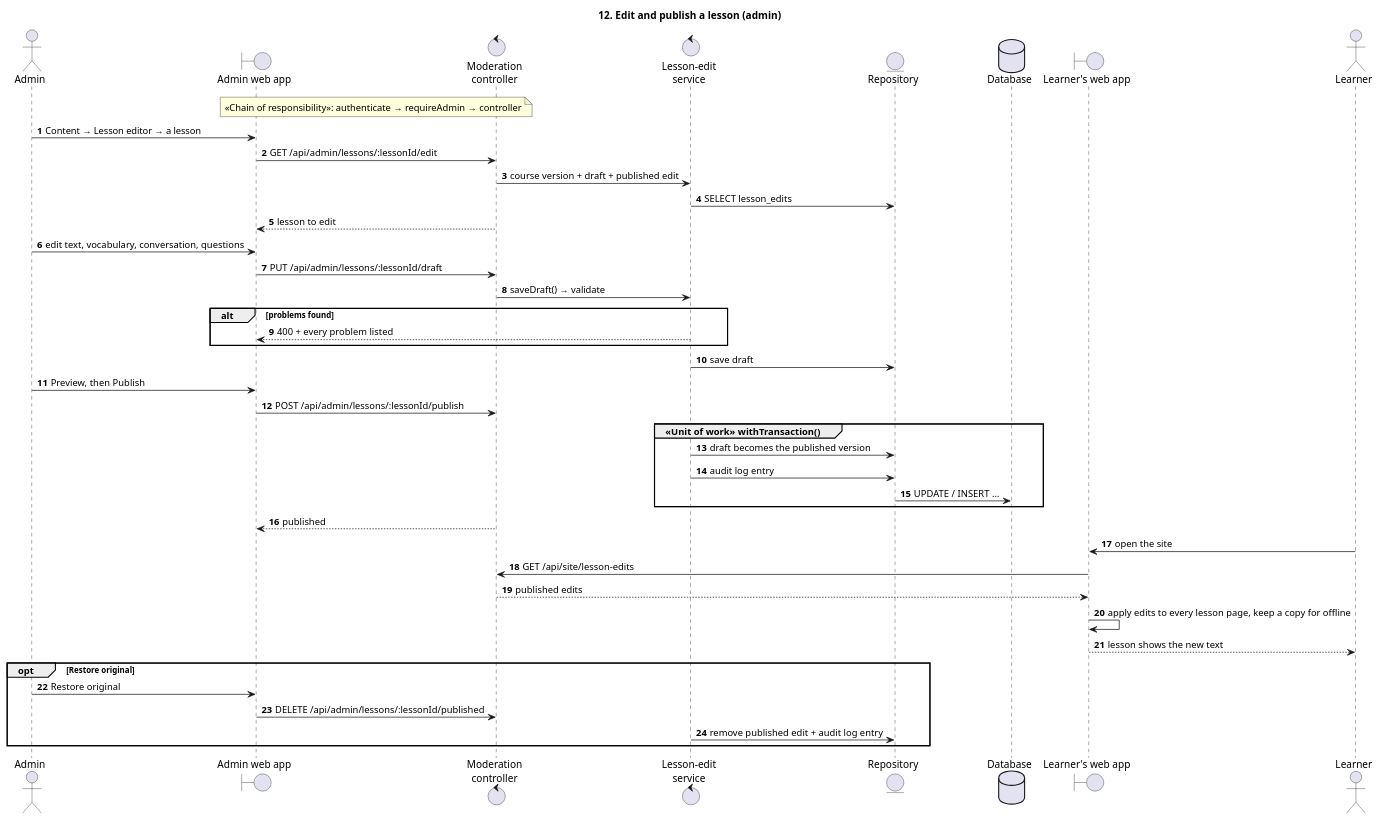
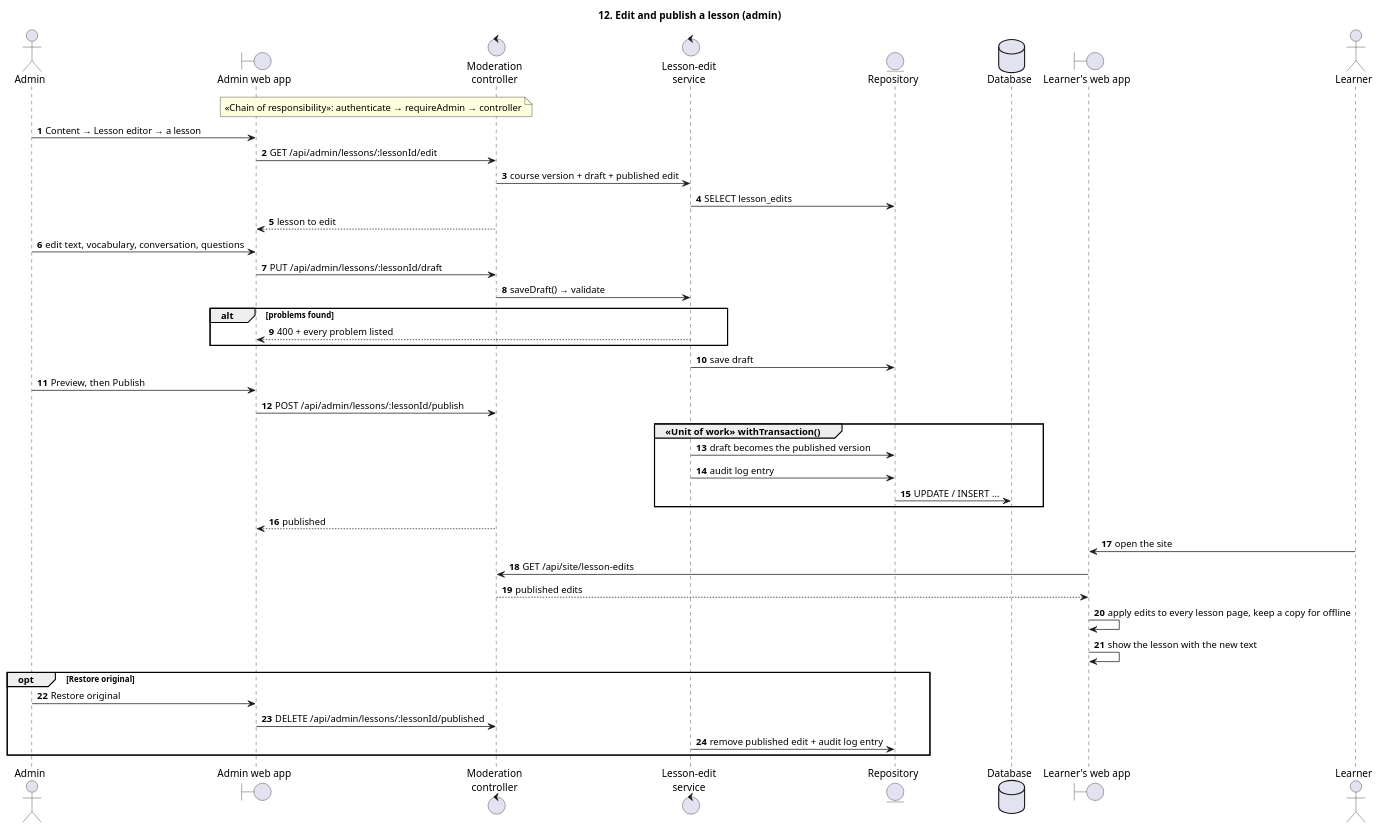
Before and after one commit to BLF2710/Nihongo-Training: the diagram in Diagram/sequence/12-edit-and-publish-lesson.puml, drawn with PlantUML. The commit also changed 94 other files, not shown here.

```diff
--- a/Diagram/sequence/12-edit-and-publish-lesson.puml
+++ b/Diagram/sequence/12-edit-and-publish-lesson.puml
@@ -14,51 +14,51 @@
 @startuml 12 Edit and publish a lesson
 title 12. Edit and publish a lesson (admin)
 autonumber
 skinparam sequenceMessageAlign left
 skinparam responseMessageBelowArrow true
 
 actor Admin
 boundary "Admin web app" as AdminWeb
 control "Moderation\ncontroller" as Ctrl
 control "Lesson-edit\nservice" as Svc
 entity "Repository" as Repo
 database "Database" as DB
 boundary "Learner's web app" as LearnerWeb
 actor Learner
 
 note over AdminWeb, Ctrl : «Chain of responsibility»: authenticate → requireAdmin → controller
 
 Admin -> AdminWeb : Content → Lesson editor → a lesson
 AdminWeb -> Ctrl : GET /api/admin/lessons/:lessonId/edit
 Ctrl -> Svc : course version + draft + published edit
 Svc -> Repo : SELECT lesson_edits
 Ctrl --> AdminWeb : lesson to edit
 
 Admin -> AdminWeb : edit text, vocabulary, conversation, questions
 AdminWeb -> Ctrl : PUT /api/admin/lessons/:lessonId/draft
 Ctrl -> Svc : saveDraft() → validate
 alt problems found
   Svc --> AdminWeb : 400 + every problem listed
 end
 Svc -> Repo : save draft
 Admin -> AdminWeb : Preview, then Publish
 AdminWeb -> Ctrl : POST /api/admin/lessons/:lessonId/publish
 group «Unit of work» withTransaction()
   Svc -> Repo : draft becomes the published version
   Svc -> Repo : audit log entry
   Repo -> DB : UPDATE / INSERT …
 end
 Ctrl --> AdminWeb : published
 
 Learner -> LearnerWeb : open the site
 LearnerWeb -> Ctrl : GET /api/site/lesson-edits
 Ctrl --> LearnerWeb : published edits
 LearnerWeb -> LearnerWeb : apply edits to every lesson page, keep a copy for offline
-LearnerWeb --> Learner : lesson shows the new text
+LearnerWeb -> LearnerWeb : show the lesson with the new text
 
 opt Restore original
   Admin -> AdminWeb : Restore original
   AdminWeb -> Ctrl : DELETE /api/admin/lessons/:lessonId/published
   Svc -> Repo : remove published edit + audit log entry
 end
 @enduml
```
